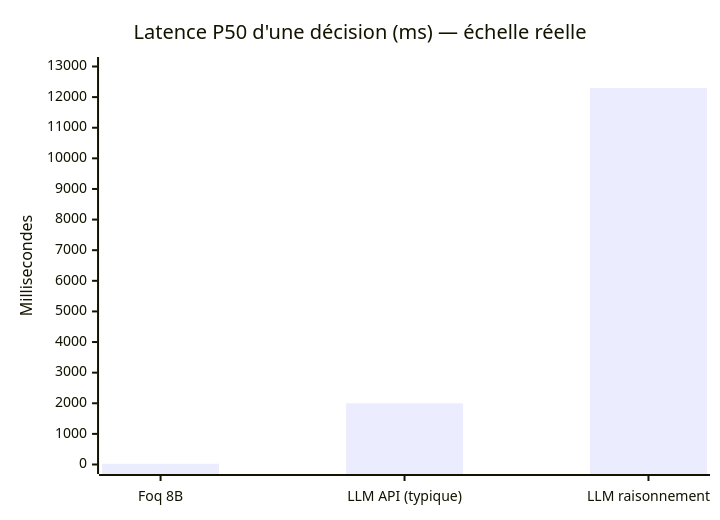
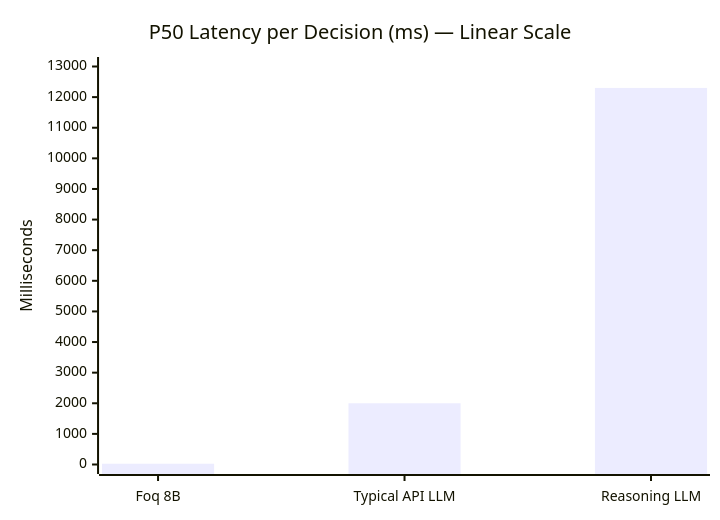
The first of 6 diagrams in BENCHMARKS.md (yohanargentina-oss/Foq), drawn with Mermaid before and after one commit. The commit also changed other lines of this file and 15 other files, not shown here.

````diff
--- a/BENCHMARKS.md
+++ b/BENCHMARKS.md
@@ -15,7 +11,7 @@
 ```mermaid
 xychart-beta
-    title "Latence P50 d'une décision (ms) — échelle réelle"
-    x-axis ["Foq 8B", "LLM API (typique)", "LLM raisonnement"]
-    y-axis "Millisecondes" 0 --> 13000
+    title "P50 Latency per Decision (ms) — Linear Scale"
+    x-axis ["Foq 8B", "Typical API LLM", "Reasoning LLM"]
+    y-axis "Milliseconds" 0 --> 13000
     bar [25, 2000, 12300]
 ```
````
